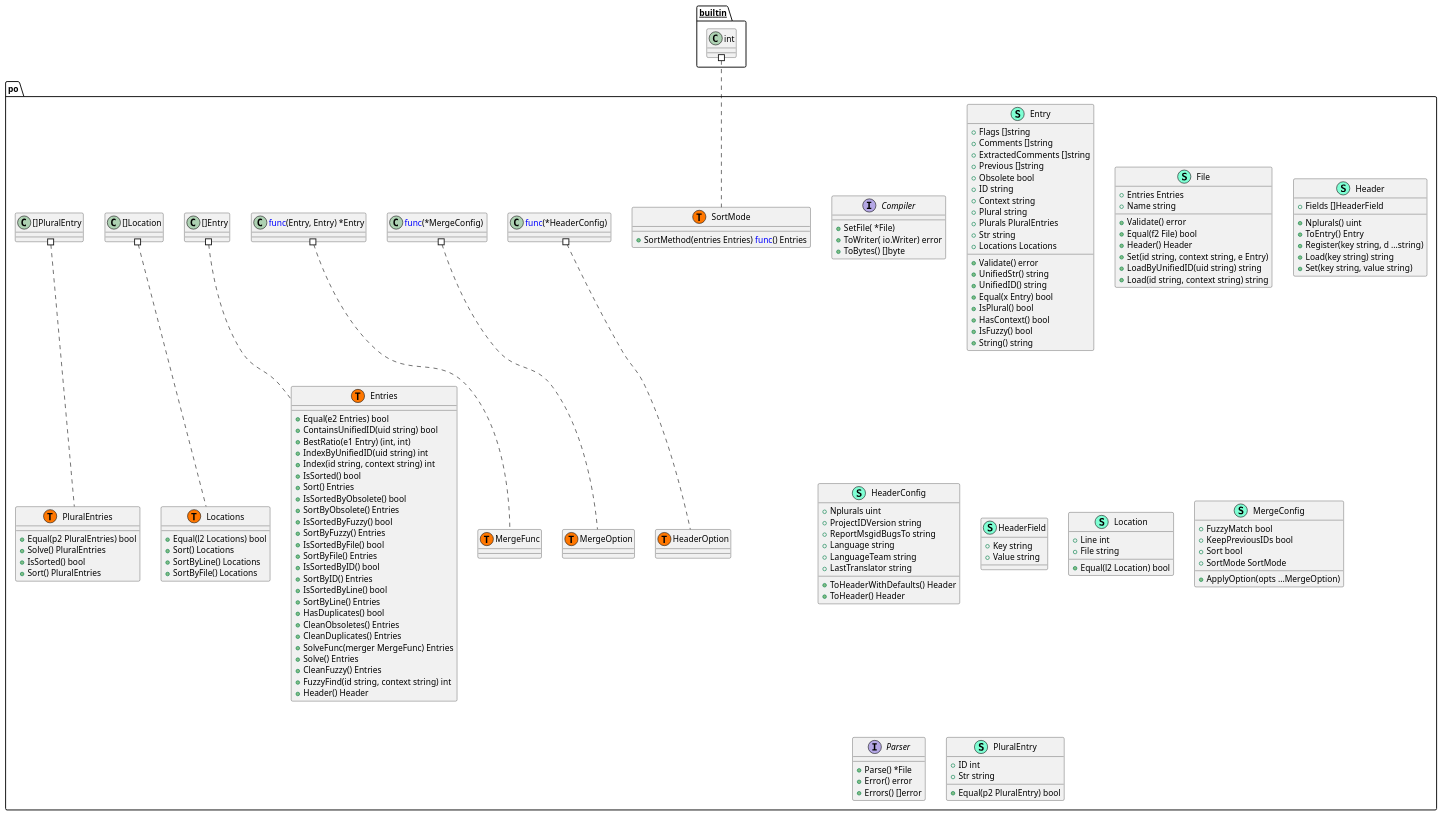
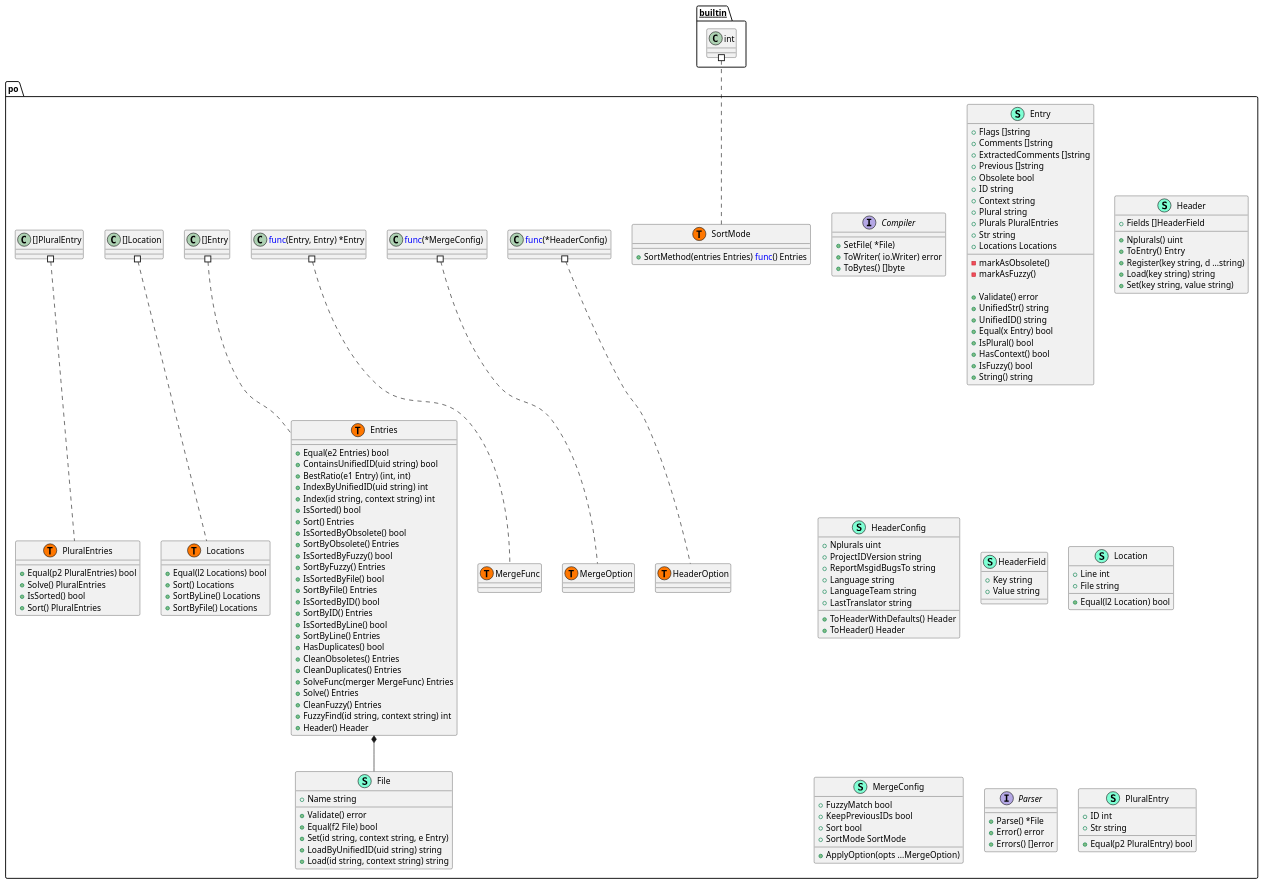
One commit to Tom5521/gotext-tools changed the diagram in pkg/po/structure.puml. Above: the diagram before and after it, drawn with PlantUML. The commit also changed 1 other file, not shown here.

Commit message:
docs: Update UML files

```diff
--- a/pkg/po/structure.puml
+++ b/pkg/po/structure.puml
@@ -1,170 +1,172 @@
 @startuml
 namespace po {
     interface Compiler  {
         + SetFile( *File) 
         + ToWriter( io.Writer) error
         + ToBytes() []byte
 
     }
     class Entries << (S,Aquamarine) >> {
         + Equal(e2 Entries) bool
         + ContainsUnifiedID(uid string) bool
         + BestRatio(e1 Entry) (int, int)
         + IndexByUnifiedID(uid string) int
         + Index(id string, context string) int
         + IsSorted() bool
         + Sort() Entries
         + IsSortedByObsolete() bool
         + SortByObsolete() Entries
         + IsSortedByFuzzy() bool
         + SortByFuzzy() Entries
         + IsSortedByFile() bool
         + SortByFile() Entries
         + IsSortedByID() bool
         + SortByID() Entries
         + IsSortedByLine() bool
         + SortByLine() Entries
         + HasDuplicates() bool
         + CleanObsoletes() Entries
         + CleanDuplicates() Entries
         + SolveFunc(merger MergeFunc) Entries
         + Solve() Entries
         + CleanFuzzy() Entries
         + FuzzyFind(id string, context string) int
         + Header() Header
 
     }
     class Entry << (S,Aquamarine) >> {
         + Flags []string
         + Comments []string
         + ExtractedComments []string
         + Previous []string
         + Obsolete bool
         + ID string
         + Context string
         + Plural string
         + Plurals PluralEntries
         + Str string
         + Locations Locations
 
+        - markAsObsolete() 
+        - markAsFuzzy() 
+
         + Validate() error
         + UnifiedStr() string
         + UnifiedID() string
         + Equal(x Entry) bool
         + IsPlural() bool
         + HasContext() bool
         + IsFuzzy() bool
         + String() string
 
     }
     class File << (S,Aquamarine) >> {
-        + Entries Entries
         + Name string
 
         + Validate() error
         + Equal(f2 File) bool
-        + Header() Header
         + Set(id string, context string, e Entry) 
         + LoadByUnifiedID(uid string) string
         + Load(id string, context string) string
 
     }
     class Header << (S,Aquamarine) >> {
         + Fields []HeaderField
 
         + Nplurals() uint
         + ToEntry() Entry
         + Register(key string, d ...string) 
         + Load(key string) string
         + Set(key string, value string) 
 
     }
     class HeaderConfig << (S,Aquamarine) >> {
         + Nplurals uint
         + ProjectIDVersion string
         + ReportMsgidBugsTo string
         + Language string
         + LanguageTeam string
         + LastTranslator string
 
         + ToHeaderWithDefaults() Header
         + ToHeader() Header
 
     }
     class HeaderField << (S,Aquamarine) >> {
         + Key string
         + Value string
 
     }
     class Location << (S,Aquamarine) >> {
         + Line int
         + File string
 
         + Equal(l2 Location) bool
 
     }
     class Locations << (S,Aquamarine) >> {
         + Equal(l2 Locations) bool
         + Sort() Locations
         + SortByLine() Locations
         + SortByFile() Locations
 
     }
     class MergeConfig << (S,Aquamarine) >> {
         + FuzzyMatch bool
         + KeepPreviousIDs bool
         + Sort bool
         + SortMode SortMode
 
         + ApplyOption(opts ...MergeOption) 
 
     }
     interface Parser  {
         + Parse() *File
         + Error() error
         + Errors() []error
 
     }
     class PluralEntries << (S,Aquamarine) >> {
         + Equal(p2 PluralEntries) bool
         + Solve() PluralEntries
         + IsSorted() bool
         + Sort() PluralEntries
 
     }
     class PluralEntry << (S,Aquamarine) >> {
         + ID int
         + Str string
 
         + Equal(p2 PluralEntry) bool
 
     }
     class SortMode << (S,Aquamarine) >> {
         + SortMethod(entries Entries) <font color=blue>func</font>() Entries
 
     }
     class po.Entries << (T, #FF7700) >>  {
     }
     class po.HeaderOption << (T, #FF7700) >>  {
     }
     class po.Locations << (T, #FF7700) >>  {
     }
     class po.MergeFunc << (T, #FF7700) >>  {
     }
     class po.MergeOption << (T, #FF7700) >>  {
     }
     class po.PluralEntries << (T, #FF7700) >>  {
     }
     class po.SortMode << (T, #FF7700) >>  {
     }
 }
+"po.Entries" *-- "po.File"
 
 
 "__builtin__.int" #.. "po.SortMode"
 "po.<font color=blue>func</font>(*HeaderConfig) " #.. "po.HeaderOption"
 "po.<font color=blue>func</font>(*MergeConfig) " #.. "po.MergeOption"
 "po.<font color=blue>func</font>(Entry, Entry) *Entry" #.. "po.MergeFunc"
 "po.[]Entry" #.. "po.Entries"
 "po.[]Location" #.. "po.Locations"
 "po.[]PluralEntry" #.. "po.PluralEntries"
 @enduml
```
